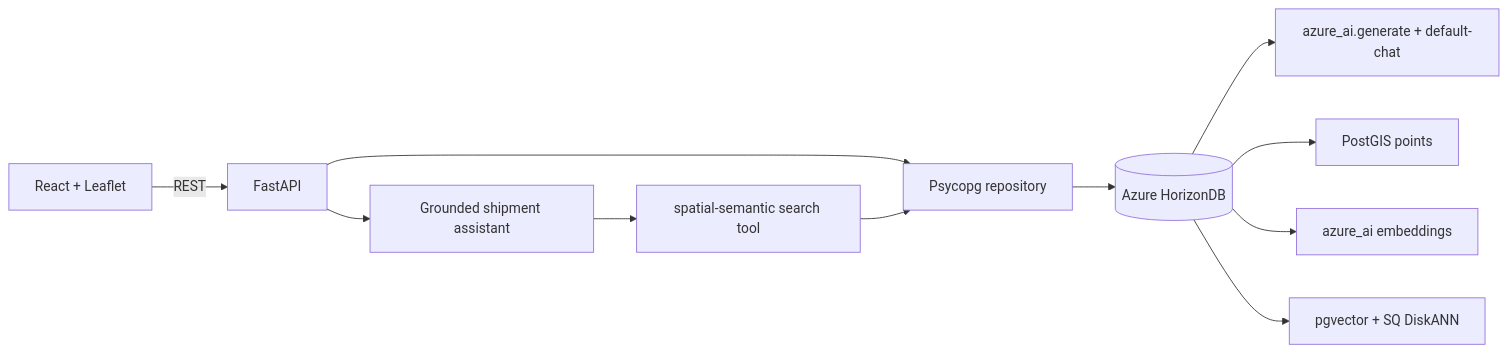
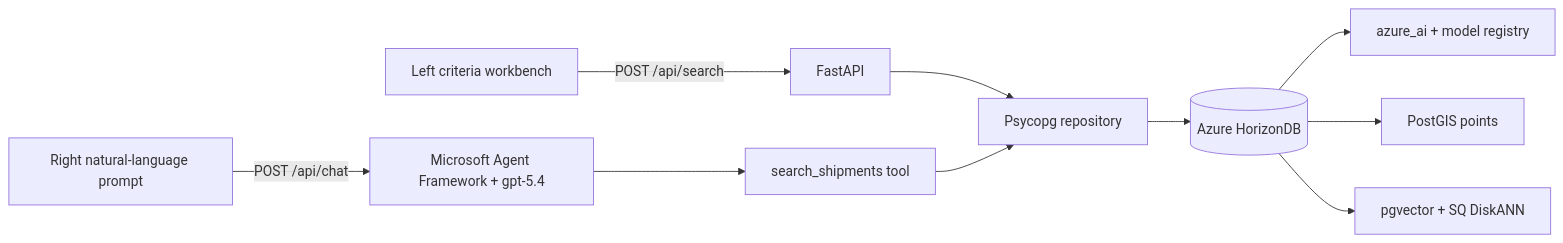
The diagram in README.md (FranckPachot/horizondb-fleet-intelligence), drawn with Mermaid before and after one commit. The commit also changed other lines of this file and 44 other files, not shown here.

````diff
--- a/README.md
+++ b/README.md
@@ -35,13 +45,12 @@
 ```mermaid
 flowchart LR
-    Browser[React + Leaflet] -->|REST| API[FastAPI]
-    API --> Agent[Grounded shipment assistant]
-    Agent --> Tool[spatial-semantic search tool]
-    API --> Repo[Psycopg repository]
+  Criteria[Left criteria workbench] -->|POST /api/search| API[FastAPI]
+  Chat[Right natural-language prompt] -->|POST /api/chat| Agent[Microsoft Agent Framework + gpt-5.4]
+  API --> Repo[Psycopg repository]
+  Agent --> Tool[search_shipments tool]
     Tool --> Repo
     Repo --> DB[(Azure HorizonDB)]
-    DB --> Chat[azure_ai.generate + default-chat]
+  DB --> Models[azure_ai + model registry]
     DB --> PostGIS[PostGIS points]
-    DB --> AzureAI[azure_ai embeddings]
     DB --> Vector[pgvector + SQ DiskANN]
 ```
````
